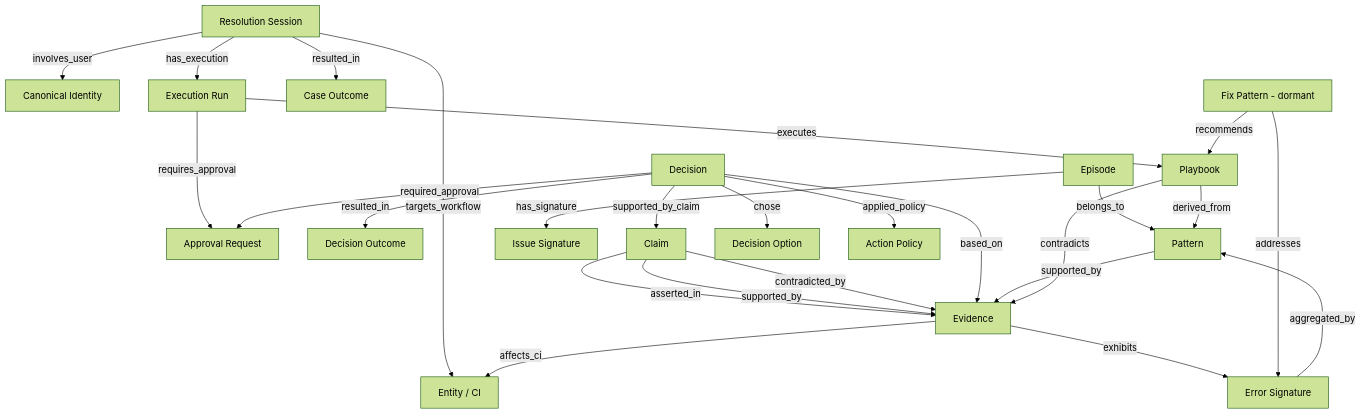
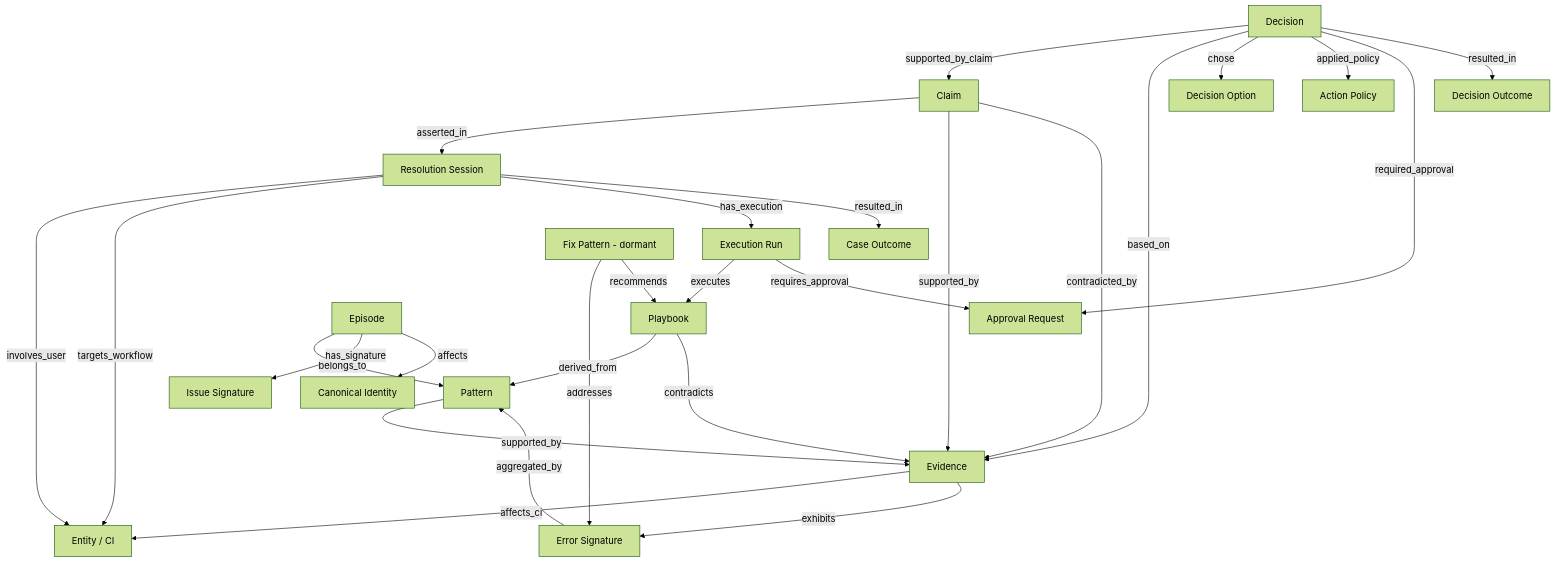
One commit to Valuedx/ContextEdge changed the first of 3 diagrams in docs/08_Context_Graph.md. Above: the diagram before and after it, drawn with Mermaid (forest theme). The commit also changed other lines of this file and 39 other files, not shown here.

````diff
--- a/docs/08_Context_Graph.md
+++ b/docs/08_Context_Graph.md
@@ -806,62 +805,63 @@
 ```mermaid
 graph TD
     %% Core Entities
     Entity[Entity / CI]
     Identity[Canonical Identity]
 
     %% Case & Execution
     Session[Resolution Session]
     Execution[Execution Run]
     Approval[Approval Request]
     CaseOutcome[Case Outcome]
     DecisionOutcome[Decision Outcome]
 
     %% Knowledge & Learning
     Playbook[Playbook]
     Pattern[Pattern]
     ErrorSig[Error Signature]
     FixPat[Fix Pattern - dormant]
     IssueSig[Issue Signature]
 
     %% Reasoning
     Evidence[Evidence]
     Episode[Episode]
     Claim[Claim]
     Decision[Decision]
     DecisionOpt[Decision Option]
 
     %% Governance
     Policy[Action Policy]
 
     %% Case and execution chain
-    Session -->|involves_user| Identity
+    Session -->|involves_user| Entity
     Session -->|targets_workflow| Entity
     Session -->|has_execution| Execution
     Session -->|resulted_in| CaseOutcome
     Execution -->|executes| Playbook
     Execution -->|requires_approval| Approval
 
     %% Reasoning chain
-    Claim -->|asserted_in| Evidence
+    Claim -->|asserted_in| Session
     Claim -->|supported_by| Evidence
     Claim -->|contradicted_by| Evidence
     Decision -->|supported_by_claim| Claim
     Decision -->|based_on| Evidence
     Decision -->|chose| DecisionOpt
     Decision -->|applied_policy| Policy
     Decision -->|required_approval| Approval
     Decision -->|resulted_in| DecisionOutcome
 
     %% Learning chain
     Evidence -->|affects_ci| Entity
     Evidence -->|exhibits| ErrorSig
     Episode -->|belongs_to| Pattern
     Episode -->|has_signature| IssueSig
+    Episode -->|affects| Identity
     Playbook -->|derived_from| Pattern
     Pattern -->|supported_by| Evidence
     ErrorSig -->|aggregated_by| Pattern
     FixPat -->|addresses| ErrorSig
     FixPat -->|recommends| Playbook
 
     Playbook -->|contradicts| Evidence
 ```
````
